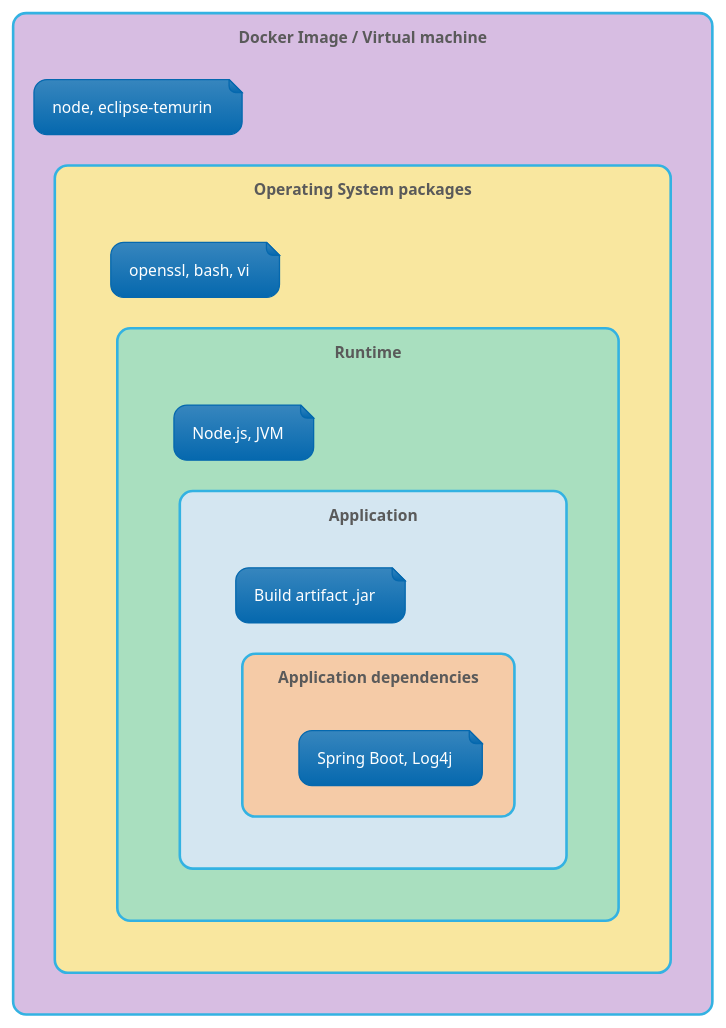
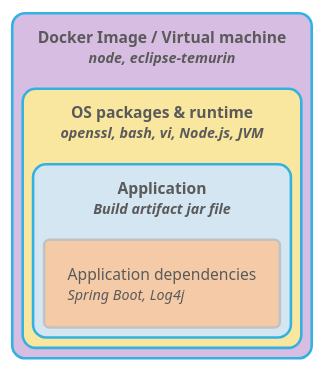
The diagram in Presentation/architecture-example.puml (johanjanssen/Keep-Up-To-Date), drawn with PlantUML before and after one commit. The commit also changed 2 other files, not shown here.

Commit message:
Include puml diagrams in presentation

```diff
--- a/Presentation/architecture-example.puml
+++ b/Presentation/architecture-example.puml
@@ -1,39 +1,15 @@
 @startuml
 !theme bluegray
+!pragma layout smetana
+skinparam backgroundColor transparent
 
-rectangle "Docker Image / Virtual machine" as vm #D7BDE2 {
-    note as Nvm
-        node, eclipse-temurin
-    end note
-
-    rectangle "Operating System packages" as os #F9E79F {
-        note as Nos
-            openssl, bash, vi
-        end note
-
-        rectangle "Runtime" as runtime #A9DFBF {
-                note as Nruntime
-                    Node.js, JVM
-                end note
-
-                rectangle "Application" as app #D4E6F1 {
-                        note as Napp
-                            Build artifact .jar
-                        end note
-
-                        rectangle "Application dependencies" as deps #F5CBA7 {
-                                note as Ndeps
-                                    Spring Boot, Log4j
-                                end note
-                        }
-                }
+rectangle "Docker Image / Virtual machine\n<size:11><i>node, eclipse-temurin</i></size>" as vm #D7BDE2 {
+    rectangle "OS packages & runtime\n<size:11><i>openssl, bash, vi, Node.js, JVM</i></size>" as os #F9E79F {
+        rectangle "Application\n<size:11><i>Build artifact jar file</i></size>" as app #D4E6F1 {
+            rectangle "Application dependencies\n<size:11><i>Spring Boot, Log4j</i></size>" as deps #F5CBA7 {
+            }
         }
     }
 }
 
-Nvm -[hidden]d-> os
-Nos -[hidden]d-> runtime
-Nruntime -[hidden]d-> app
-Napp -[hidden]d-> deps
-
 @enduml
```
